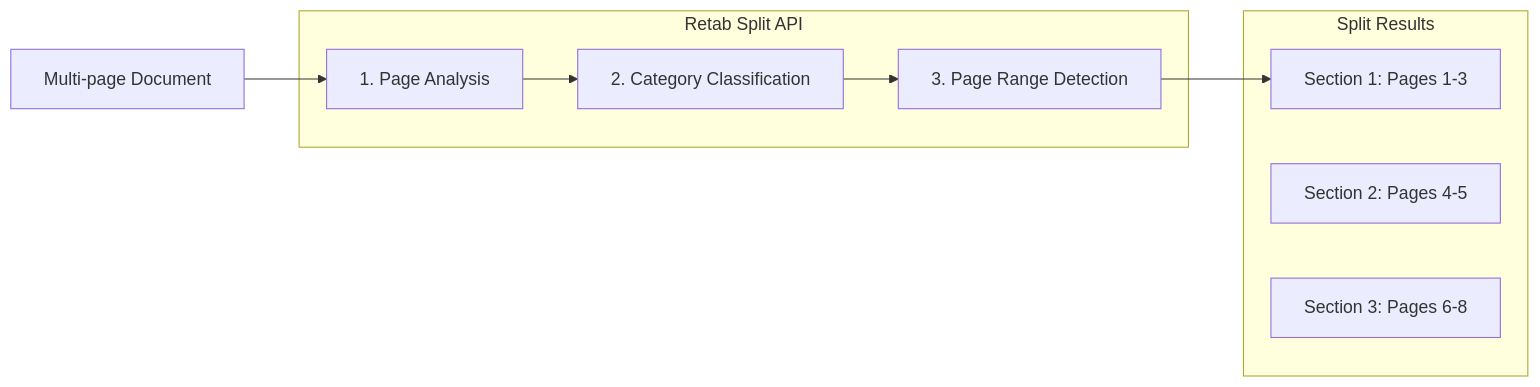
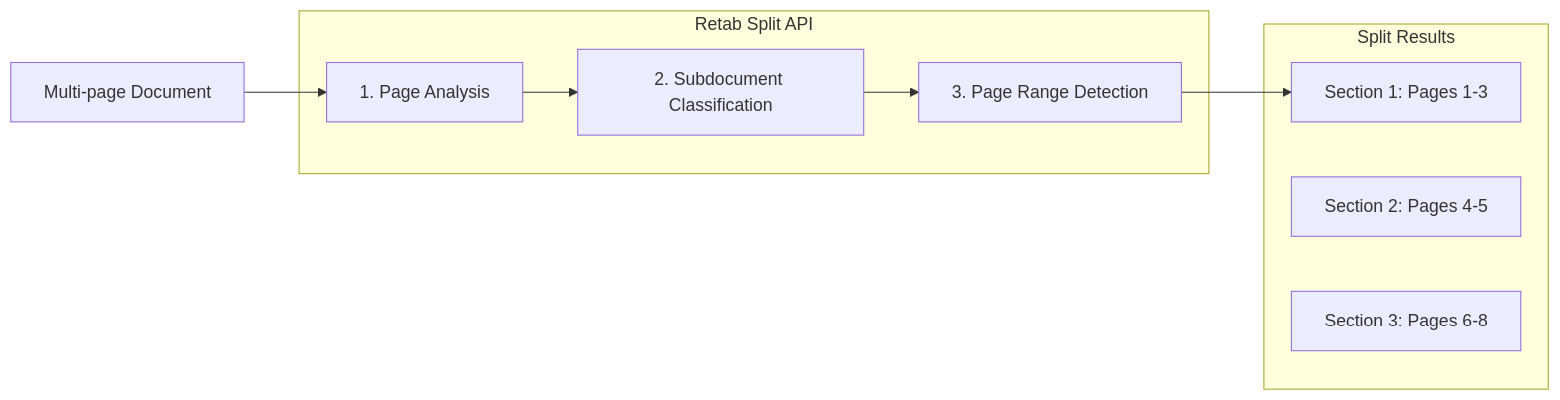
Before and after one commit to retab-dev/docs: the diagram in core-concepts/Split.mdx, drawn with Mermaid. The commit also changed other lines of this file and 3 other files, not shown here.

````diff
--- a/core-concepts/Split.mdx
+++ b/core-concepts/Split.mdx
@@ -18,18 +18,18 @@
 ```mermaid
 flowchart LR
     A[Multi-page Document] --> B
     
     subgraph Retab["Retab Split API"]
         B[1. Page Analysis]
-        B --> C[2. Category Classification]
+        B --> C[2. Subdocument Classification]
         C --> D[3. Page Range Detection]
     end
     
     D --> E
     
     subgraph Output["Split Results"]
         E[Section 1: Pages 1-3]
         F[Section 2: Pages 4-5]
         G[Section 3: Pages 6-8]
     end
 ```
````
